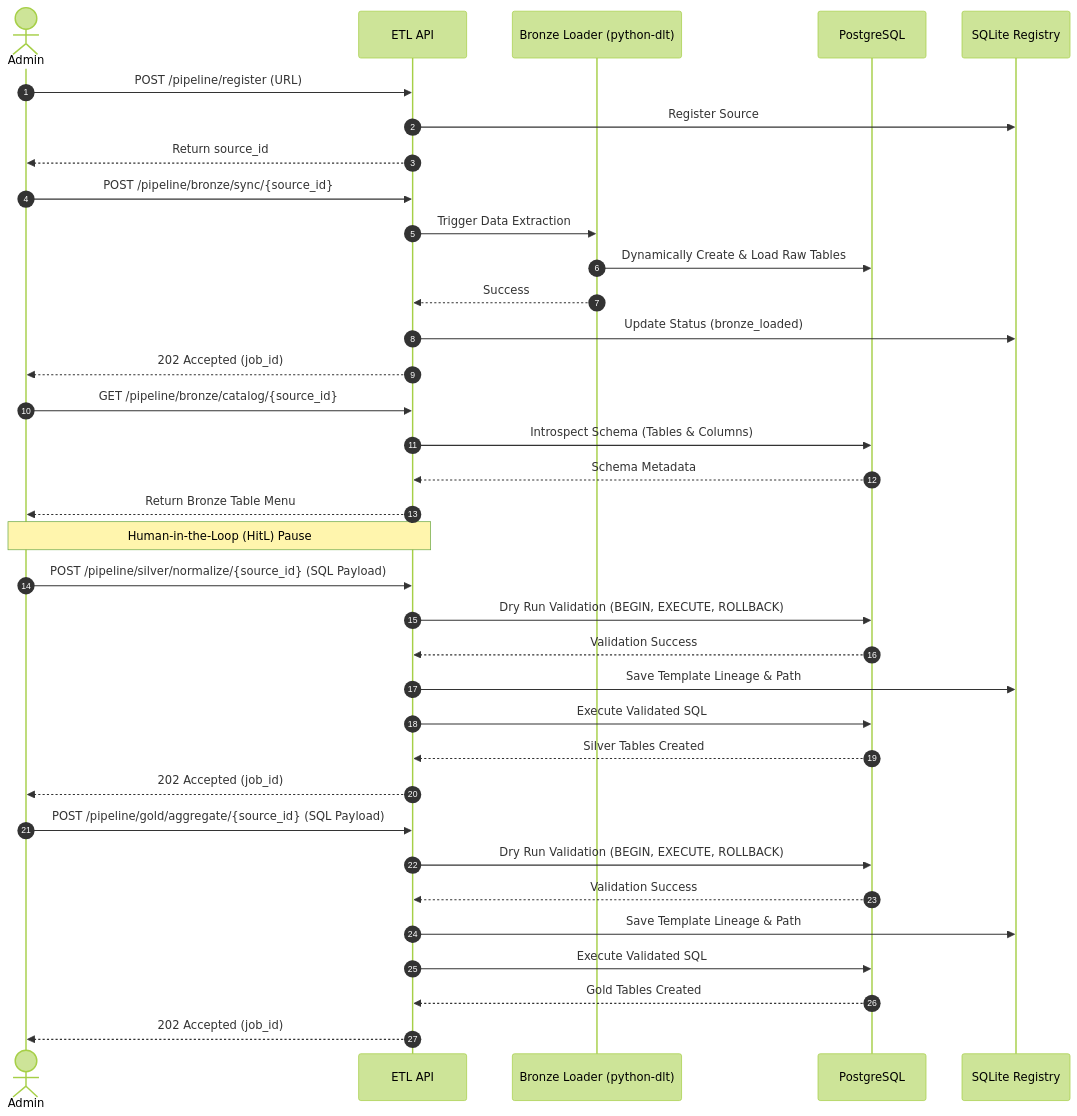
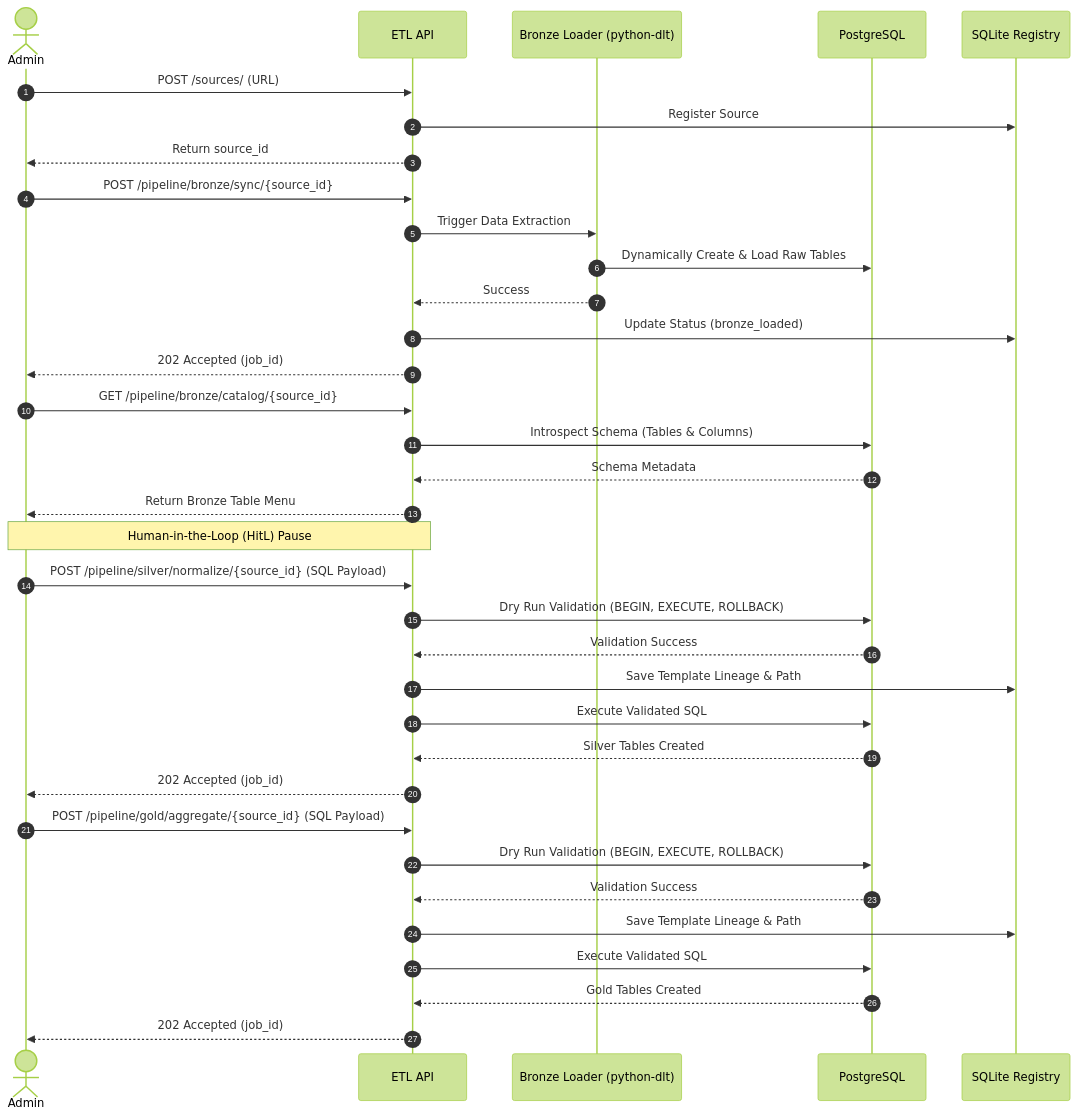
Before and after one commit to mnaatjes/elite-etl: the diagram in docs/explanation/api-architecture-design.md, drawn with Mermaid (forest theme). The commit also changed other lines of this file and 13 other files, not shown here.

````diff
--- a/docs/explanation/api-architecture-design.md
+++ b/docs/explanation/api-architecture-design.md
@@ -87,43 +87,43 @@
 ```mermaid
 sequenceDiagram
     autonumber
     actor Admin
     participant API as ETL API
     participant DLT as Bronze Loader (python-dlt)
     participant DB as PostgreSQL
     participant Catalog as SQLite Registry
 
-    Admin->>API: POST /pipeline/register (URL)
+    Admin->>API: POST /sources/ (URL)
     API->>Catalog: Register Source
     API-->>Admin: Return source_id
     
     Admin->>API: POST /pipeline/bronze/sync/{source_id}
     API->>DLT: Trigger Data Extraction
     DLT->>DB: Dynamically Create & Load Raw Tables
     DLT-->>API: Success
     API->>Catalog: Update Status (bronze_loaded)
     API-->>Admin: 202 Accepted (job_id)
     
     Admin->>API: GET /pipeline/bronze/catalog/{source_id}
     API->>DB: Introspect Schema (Tables & Columns)
     DB-->>API: Schema Metadata
     API-->>Admin: Return Bronze Table Menu
     
     Note over Admin, API: Human-in-the-Loop (HitL) Pause
     
     Admin->>API: POST /pipeline/silver/normalize/{source_id} (SQL Payload)
     API->>DB: Dry Run Validation (BEGIN, EXECUTE, ROLLBACK)
     DB-->>API: Validation Success
     API->>Catalog: Save Template Lineage & Path
     API->>DB: Execute Validated SQL
     DB-->>API: Silver Tables Created
     API-->>Admin: 202 Accepted (job_id)
     
     Admin->>API: POST /pipeline/gold/aggregate/{source_id} (SQL Payload)
     API->>DB: Dry Run Validation (BEGIN, EXECUTE, ROLLBACK)
     DB-->>API: Validation Success
     API->>Catalog: Save Template Lineage & Path
     API->>DB: Execute Validated SQL
     DB-->>API: Gold Tables Created
     API-->>Admin: 202 Accepted (job_id)
 ```
````
